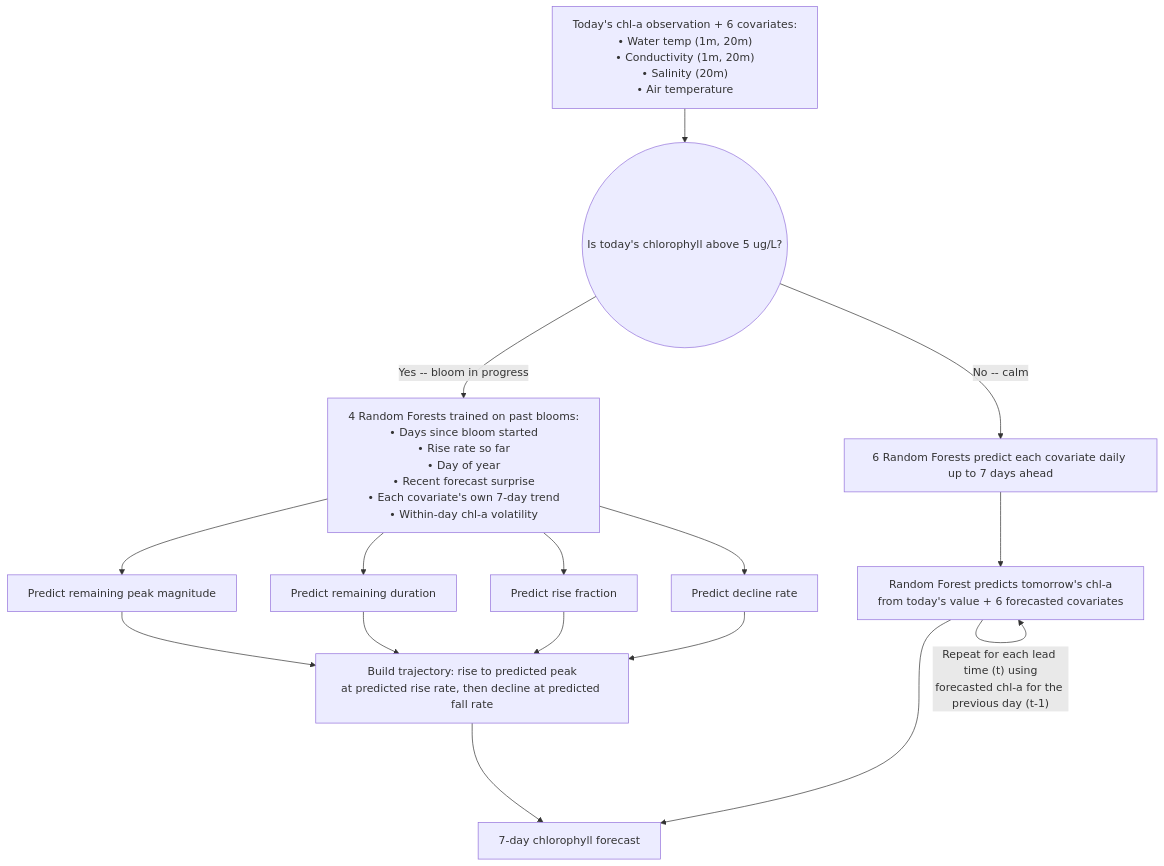
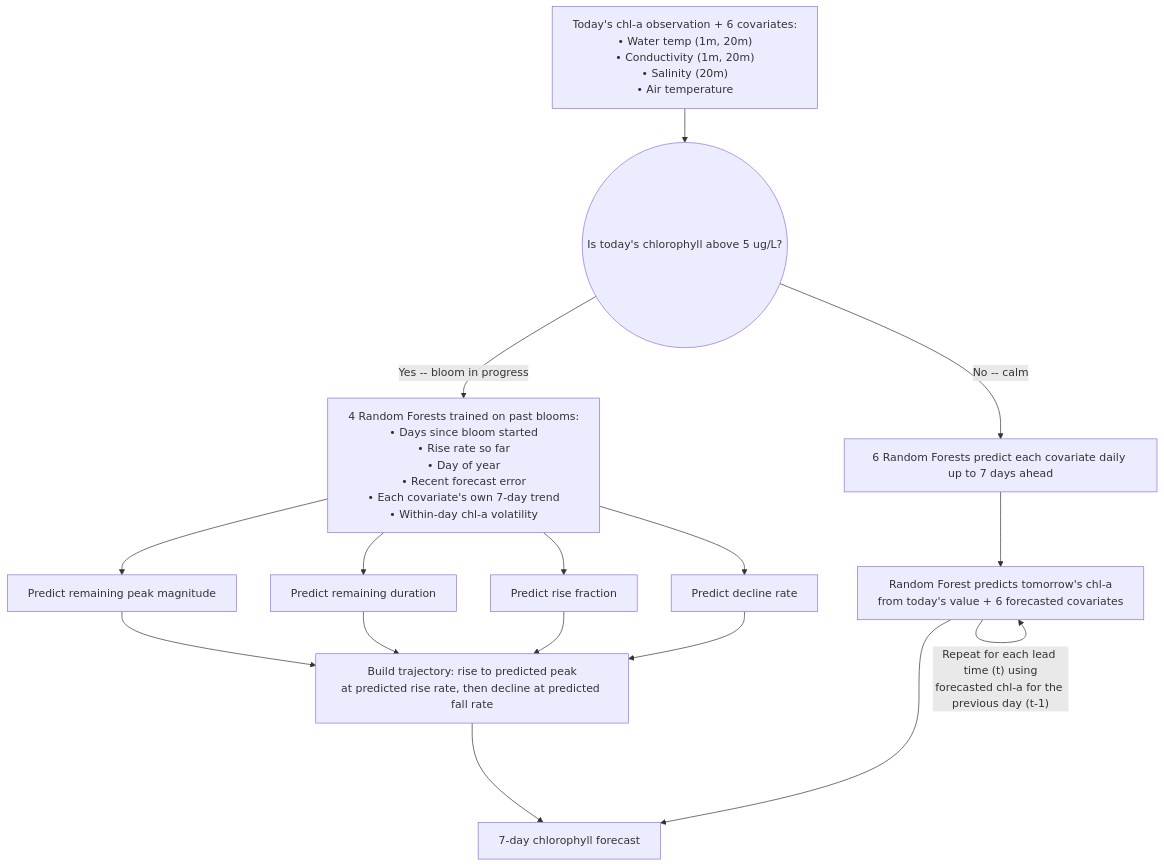
The diagram in dashboard/documentation.qmd (cami-webb/BloomBoard), drawn with Mermaid before and after one commit. The commit also changed other lines of this file, not shown here.

Commit message:
Rename recent forecast surprise -> recent forecast error

````diff
--- a/dashboard/documentation.qmd
+++ b/dashboard/documentation.qmd
@@ -52,22 +53,22 @@
 ```{mermaid}
 %%{init: {'flowchart': {'wrappingWidth': 400}}}%%
 flowchart TD
     A["Today's chl-a observation + 6 covariates:<br/>&bull; Water temp (1m, 20m)<br/>&bull; Conductivity (1m, 20m)<br/>&bull; Salinity (20m)<br/>&bull; Air temperature"]
     A --> Q(("Is today's chlorophyll above 5 ug/L?"))
 
-    Q -->|"Yes -- bloom in progress"| BM["4 Random Forests trained on past blooms:<br/>&bull; Days since bloom started<br/>&bull; Rise rate so far<br/>&bull; Day of year<br/>&bull; Recent forecast surprise<br/>&bull; Each covariate's own 7-day trend<br/>&bull; Within-day chl-a volatility"]
+    Q -->|"Yes -- bloom in progress"| BM["4 Random Forests trained on past blooms:<br/>&bull; Days since bloom started<br/>&bull; Rise rate so far<br/>&bull; Day of year<br/>&bull; Recent forecast error<br/>&bull; Each covariate's own 7-day trend<br/>&bull; Within-day chl-a volatility"]
     BM --> BM1[Predict remaining peak magnitude]
     BM --> BM2[Predict remaining duration]
     BM --> BM4[Predict rise fraction]
     BM --> BM3[Predict decline rate]
     BM1 --> TRAJ["Build trajectory: rise to predicted peak<br/>at predicted rise rate, then decline at predicted fall rate"]
     BM2 --> TRAJ
     BM4 --> TRAJ
     BM3 --> TRAJ
     TRAJ --> OUT[7-day chlorophyll forecast]
 
     Q -->|"No -- calm"| CFC["6 Random Forests predict each covariate daily up to 7 days ahead"]
     CFC --> CM["Random Forest predicts tomorrow's chl-a<br/>from today's value + 6 forecasted covariates"]
     CM -->|"Repeat for each lead time (t) using<br/>forecasted chl-a for the previous day (t-1)"| CM
     CM --> OUT
 ```
````
